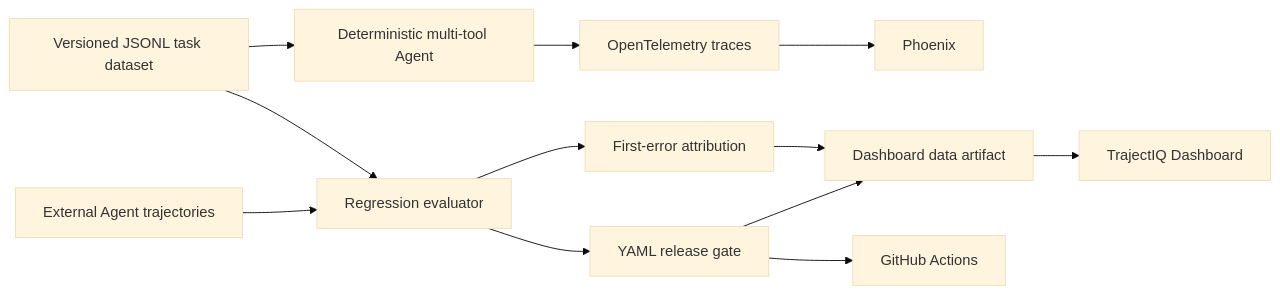
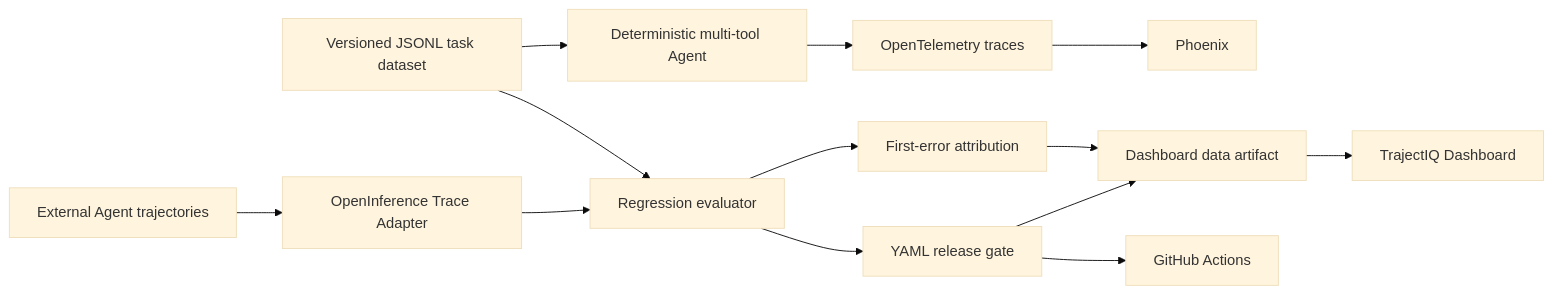
Before and after one commit to yibo0210/TrajectIQ: the diagram in ARCHITECTURE.md, drawn with Mermaid (base theme). The commit also changed other lines of this file and 6 other files, not shown here.

Commit message:
feat: adapt OpenInference trace exports

```diff
--- a/ARCHITECTURE.md
+++ b/ARCHITECTURE.md
@@ -3,14 +3,15 @@
 ~~~mermaid
 flowchart LR
   A[Versioned JSONL task dataset] --> B[Deterministic multi-tool Agent]
   A --> E[Regression evaluator]
   B --> C[OpenTelemetry traces]
   C --> D[Phoenix]
-  X[External Agent trajectories] --> E
+  X[External Agent trajectories] --> Y[OpenInference Trace Adapter]
+  Y --> E
   E --> F[First-error attribution]
   E --> G[YAML release gate]
   F --> H[Dashboard data artifact]
   G --> H
   H --> I[TrajectIQ Dashboard]
   G --> J[GitHub Actions]
 ~~~
```
